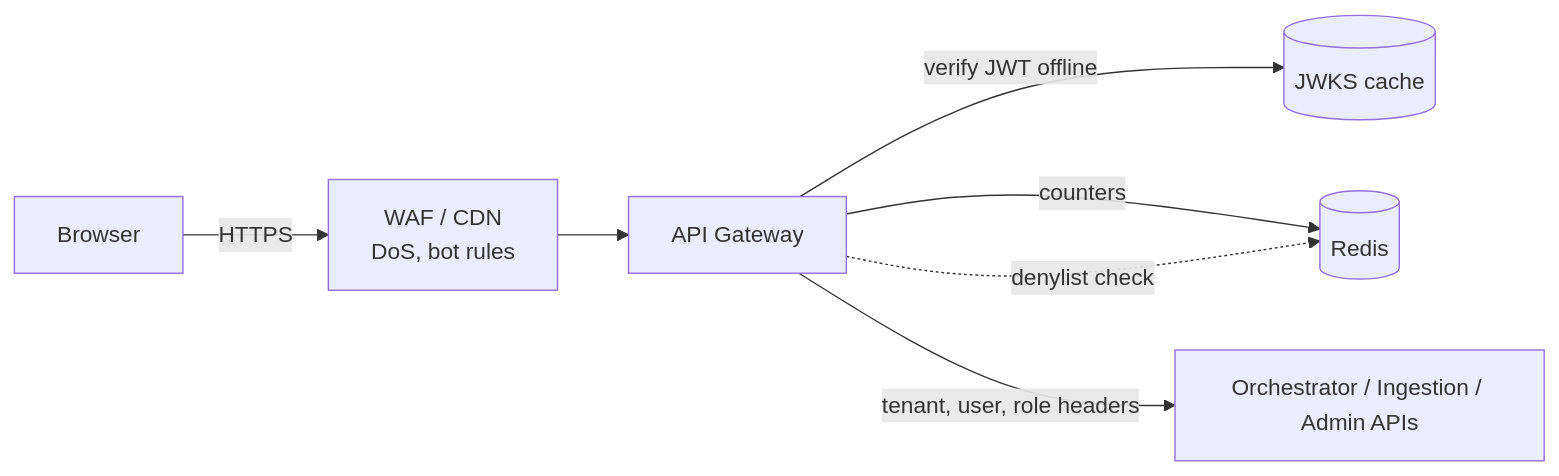
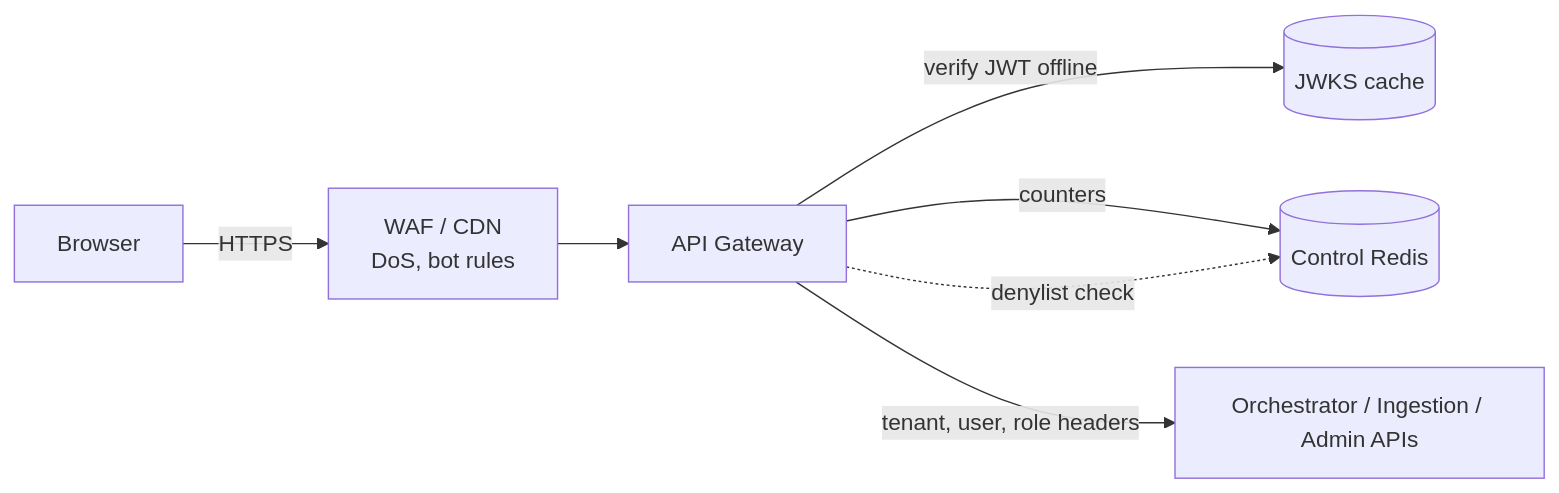
The first of 2 diagrams in docs/lld/09-gateway-and-model-gateway.md (izasahmedldeveloper/ai-labs), drawn with Mermaid before and after one commit. The commit also changed other lines of this file and 12 other files, not shown here.

````diff
--- a/docs/lld/09-gateway-and-model-gateway.md
+++ b/docs/lld/09-gateway-and-model-gateway.md
@@ -11,8 +11,8 @@
 ```mermaid
 flowchart LR
   C[Browser] -->|HTTPS| WAF[WAF / CDN<br/>DoS, bot rules] --> GW[API Gateway]
   GW -->|verify JWT offline| JW[(JWKS cache)]
-  GW -->|counters| R[(Redis)]
+  GW -->|counters| R[(Control Redis)]
   GW -->|tenant, user, role headers| APP[Orchestrator / Ingestion / Admin APIs]
   GW -.denylist check.-> R
 ```
````
